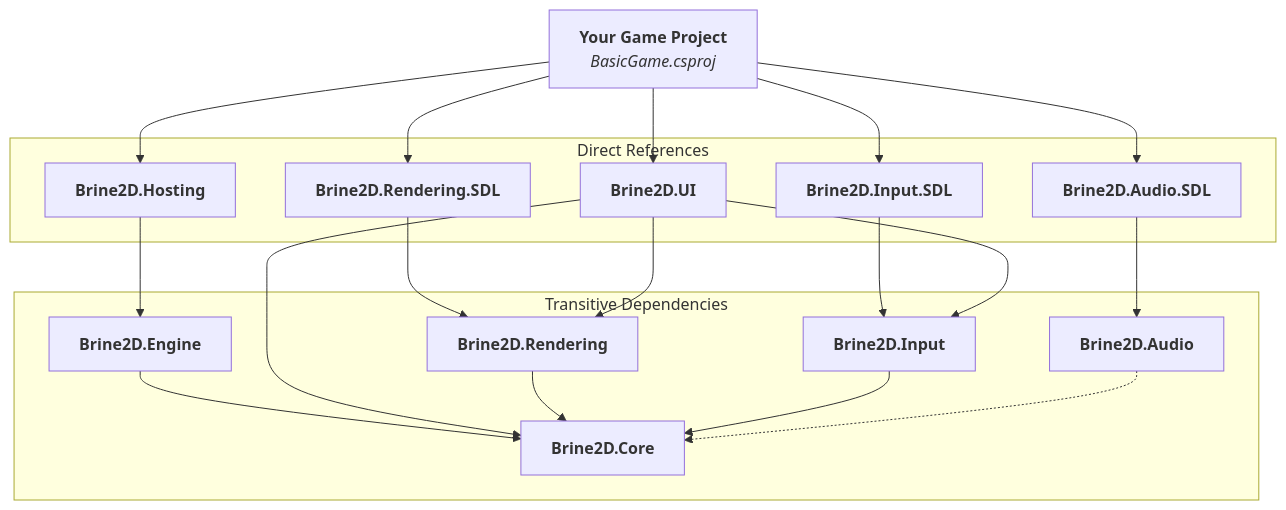
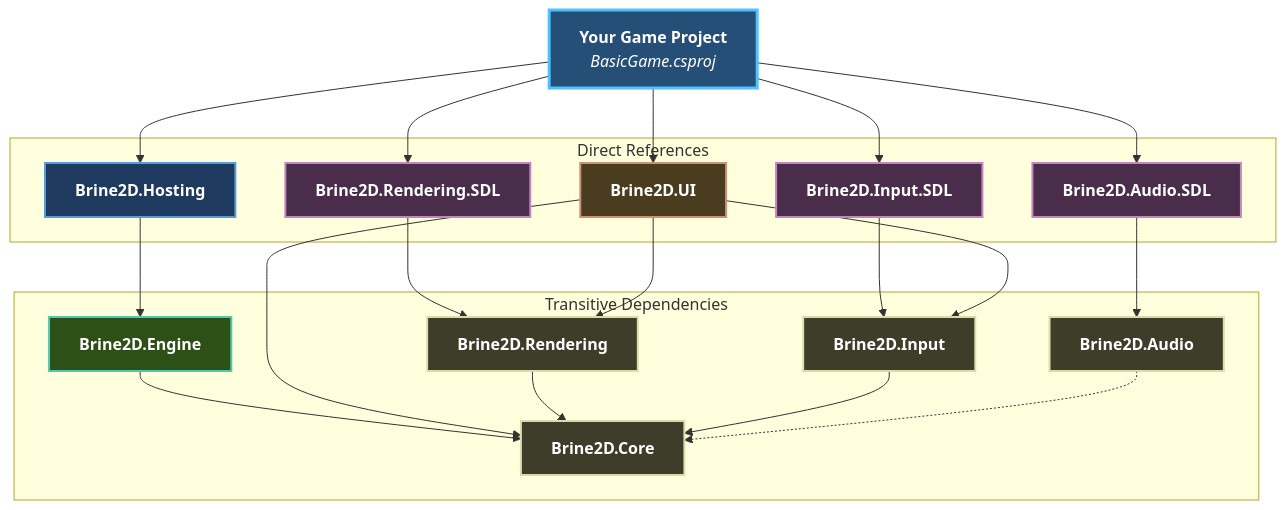
One commit to CrazyPickleStudios/Brine2D-Documentation changed the diagram in docs/getting-started/project-structure.md. Above: the diagram before and after it, drawn with Mermaid. The commit also changed 9 other files, not shown here.

````diff
--- a/docs/getting-started/project-structure.md
+++ b/docs/getting-started/project-structure.md
@@ -12,40 +12,52 @@
 ```mermaid
 graph TB
     Game["<b>Your Game Project</b><br/><i>BasicGame.csproj</i>"]
     
     subgraph "Direct References"
         Hosting["<b>Brine2D.Hosting</b>"]
         RenderingSDL["<b>Brine2D.Rendering.SDL</b>"]
         InputSDL["<b>Brine2D.Input.SDL</b>"]
         AudioSDL["<b>Brine2D.Audio.SDL</b>"]
         UI["<b>Brine2D.UI</b>"]
     end
     
     subgraph "Transitive Dependencies"
         Engine["<b>Brine2D.Engine</b>"]
         Rendering["<b>Brine2D.Rendering</b>"]
         Input["<b>Brine2D.Input</b>"]
         Audio["<b>Brine2D.Audio</b>"]
         Core["<b>Brine2D.Core</b>"]
     end
     
     Game --> Hosting
     Game --> RenderingSDL
     Game --> InputSDL
     Game --> AudioSDL
     Game --> UI
     
     Hosting --> Engine
     Engine --> Core
     
     RenderingSDL --> Rendering
     InputSDL --> Input
     AudioSDL --> Audio
     UI --> Core
     UI --> Rendering
     UI --> Input
     
     Rendering --> Core
     Input --> Core
     Audio -.-> Core
+
+style Game fill:#264f78,stroke:#4fc1ff,stroke-width:3px,color:#fff
+style Hosting fill:#1e3a5f,stroke:#569cd6,stroke-width:2px,color:#fff
+style RenderingSDL fill:#4a2d4a,stroke:#c586c0,stroke-width:2px,color:#fff
+style InputSDL fill:#4a2d4a,stroke:#c586c0,stroke-width:2px,color:#fff
+style AudioSDL fill:#4a2d4a,stroke:#c586c0,stroke-width:2px,color:#fff
+style UI fill:#4a3d1f,stroke:#ce9178,stroke-width:2px,color:#fff
+style Engine fill:#2d5016,stroke:#4ec9b0,stroke-width:2px,color:#fff
+style Rendering fill:#3d3d2a,stroke:#dcdcaa,stroke-width:2px,color:#fff
+style Input fill:#3d3d2a,stroke:#dcdcaa,stroke-width:2px,color:#fff
+style Audio fill:#3d3d2a,stroke:#dcdcaa,stroke-width:2px,color:#fff
+style Core fill:#3d3d2a,stroke:#dcdcaa,stroke-width:2px,color:#fff
 ```
````
